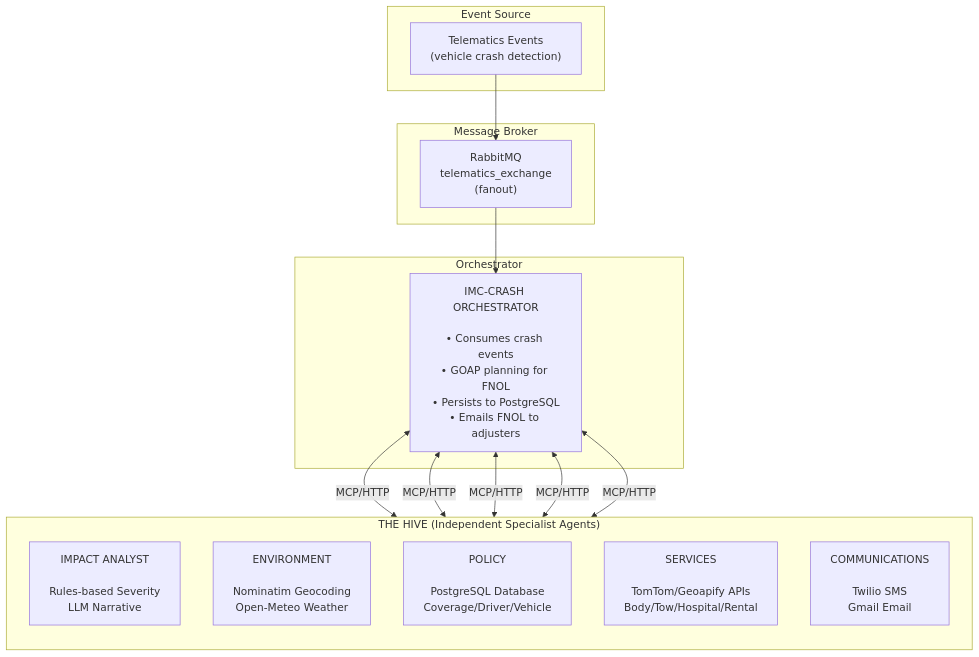
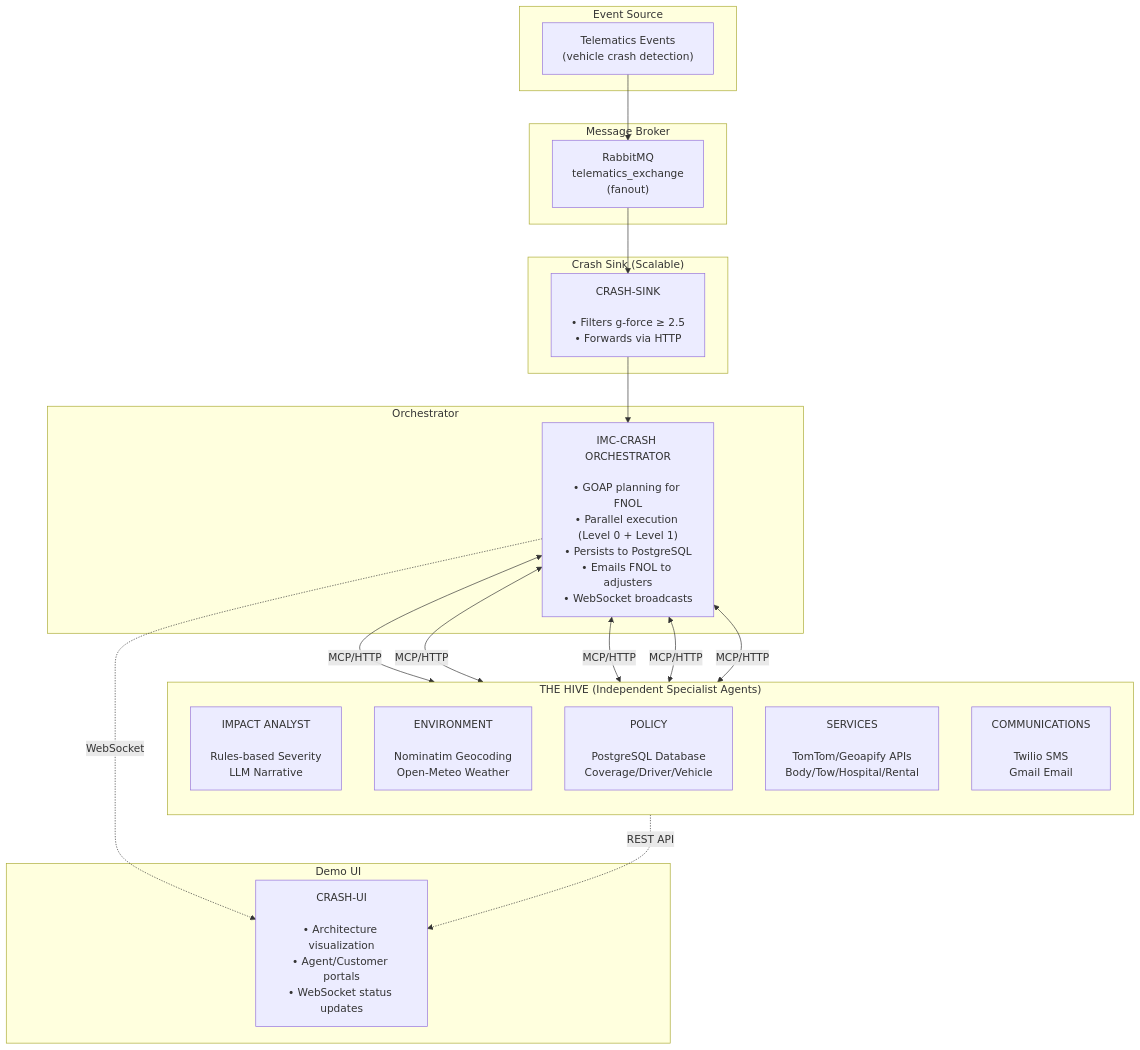
Before and after one commit to dbbaskette/imc-crash: the first of 2 diagrams in README.md, drawn with Mermaid. The commit also changed other lines of this file and 57 other files, not shown here.

First line of the commit message:
feat: add Demo UI, separate crash-sink, parallel GOAP execution

````diff
--- a/README.md
+++ b/README.md
@@ -23,31 +23,42 @@
 ```mermaid
 flowchart TB
     subgraph Input["Event Source"]
         TEL["Telematics Events<br/>(vehicle crash detection)"]
     end
 
     subgraph Messaging["Message Broker"]
         RMQ["RabbitMQ<br/>telematics_exchange<br/>(fanout)"]
     end
 
-    subgraph Orchestration["Orchestrator"]
-        ORCH["IMC-CRASH ORCHESTRATOR<br/><br/>• Consumes crash events<br/>• GOAP planning for FNOL<br/>• Persists to PostgreSQL<br/>• Emails FNOL to adjusters"]
+    subgraph Sink["Crash Sink (Scalable)"]
+        SINK["CRASH-SINK<br/><br/>• Filters g-force ≥ 2.5<br/>• Forwards via HTTP"]
     end
 
-    TEL --> RMQ --> ORCH
+    subgraph Orchestration["Orchestrator"]
+        ORCH["IMC-CRASH ORCHESTRATOR<br/><br/>• GOAP planning for FNOL<br/>• Parallel execution (Level 0 + Level 1)<br/>• Persists to PostgreSQL<br/>• Emails FNOL to adjusters<br/>• WebSocket broadcasts"]
+    end
+
+    TEL --> RMQ --> SINK --> ORCH
 
     subgraph Hive["THE HIVE (Independent Specialist Agents)"]
         direction TB
         IA["IMPACT ANALYST<br/><br/>Rules-based Severity<br/>LLM Narrative"]
         ENV["ENVIRONMENT<br/><br/>Nominatim Geocoding<br/>Open-Meteo Weather"]
         POL["POLICY<br/><br/>PostgreSQL Database<br/>Coverage/Driver/Vehicle"]
         SVC["SERVICES<br/><br/>TomTom/Geoapify APIs<br/>Body/Tow/Hospital/Rental"]
         COM["COMMUNICATIONS<br/><br/>Twilio SMS<br/>Gmail Email"]
     end
 
     ORCH <--> |"MCP/HTTP"| IA
     ORCH <--> |"MCP/HTTP"| ENV
     ORCH <--> |"MCP/HTTP"| POL
     ORCH <--> |"MCP/HTTP"| SVC
     ORCH <--> |"MCP/HTTP"| COM
+
+    subgraph UI["Demo UI"]
+        WEB["CRASH-UI<br/><br/>• Architecture visualization<br/>• Agent/Customer portals<br/>• WebSocket status updates"]
+    end
+
+    ORCH -.-> |"WebSocket"| WEB
+    COM -.-> |"REST API"| WEB
 ```
````
